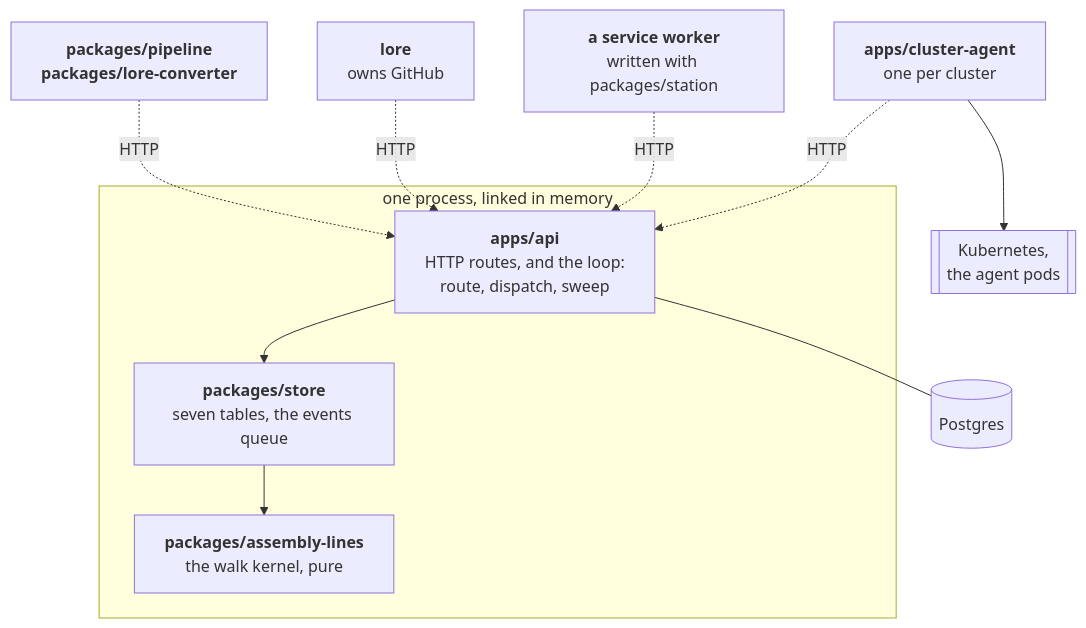
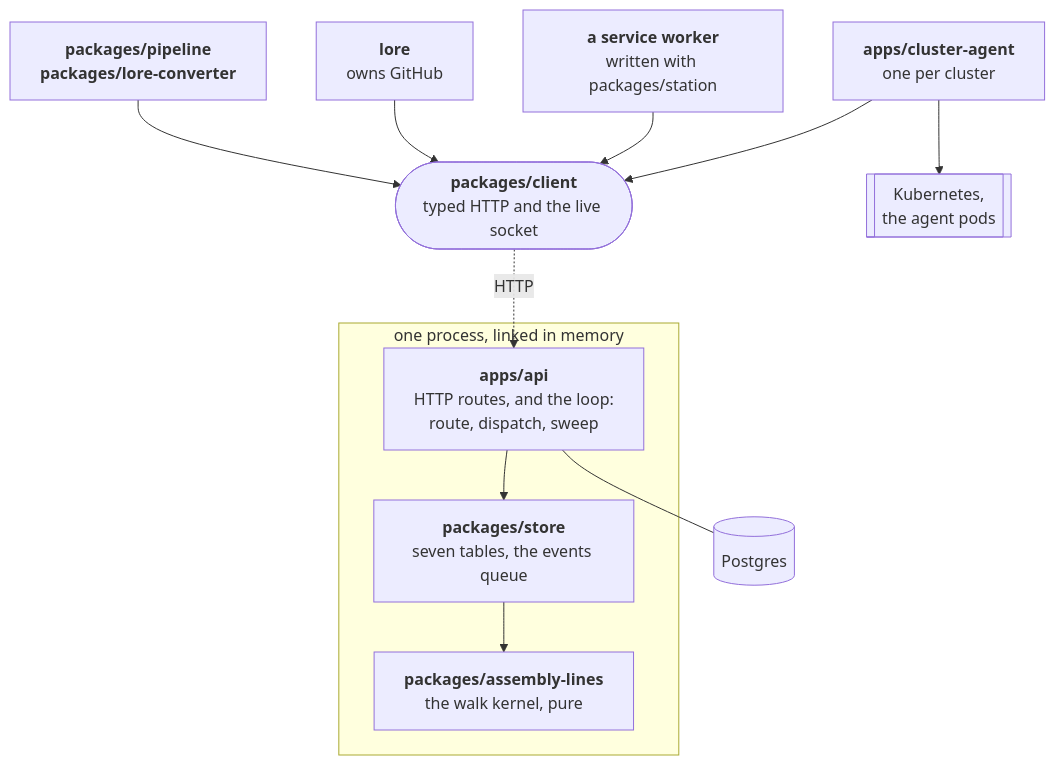
One commit to re-cinq/floor changed the first of 2 diagrams in README.md. Above: the diagram before and after it, drawn with Mermaid. The commit also changed other lines of this file and 64 other files, not shown here.

First line of the commit message:
Reach a floor through one typed client, and say the wire once (#5)

````diff
--- a/README.md
+++ b/README.md
@@ -31,24 +31,26 @@
 ```mermaid
 flowchart TB
     subgraph inside["one process, linked in memory"]
         api["<b>apps/api</b><br/>HTTP routes, and the loop:<br/>route, dispatch, sweep"]
         store["<b>packages/store</b><br/>seven tables, the events queue"]
         kernel["<b>packages/assembly-lines</b><br/>the walk kernel, pure"]
         api --> store --> kernel
     end
 
     pg[("Postgres")]
     api --- pg
 
     cluster["<b>apps/cluster-agent</b><br/>one per cluster"]
     worker["<b>a service worker</b><br/>written with packages/station"]
     lore["<b>lore</b><br/>owns GitHub"]
     tools["<b>packages/pipeline</b><br/><b>packages/lore-converter</b>"]
+    client(["<b>packages/client</b><br/>typed HTTP and the live socket"])
     k8s[["Kubernetes,<br/>the agent pods"]]
 
-    cluster -. HTTP .-> api
-    worker -. HTTP .-> api
-    lore -. HTTP .-> api
-    tools -. HTTP .-> api
+    cluster --> client
+    worker --> client
+    lore --> client
+    tools --> client
+    client -. HTTP .-> api
     cluster --> k8s
 ```
````
